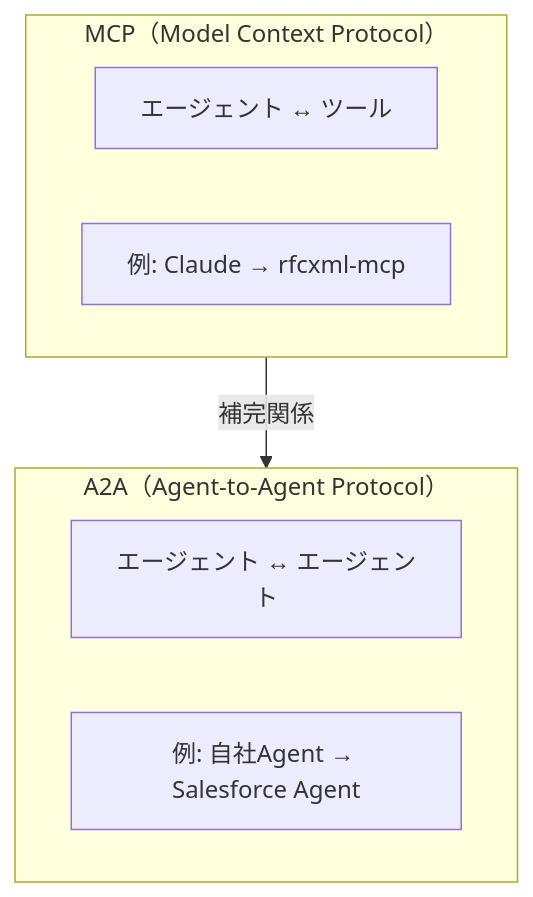
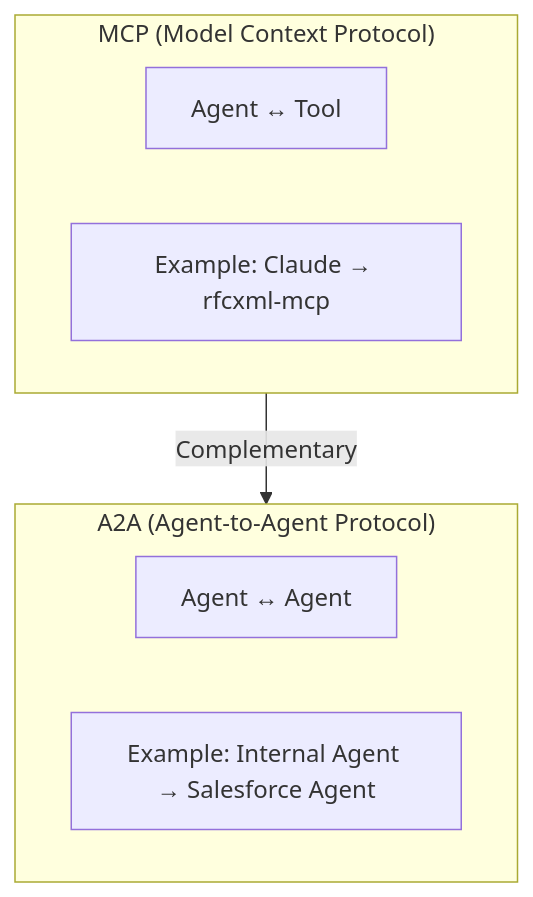
The third of 8 diagrams in docs/concepts/03-architecture.md (shuji-bonji/ai-agent-architecture), drawn with Mermaid before and after one commit. The commit also changed other lines of this file and 42 other files, not shown here.

````diff
--- a/docs/concepts/03-architecture.md
+++ b/docs/concepts/03-architecture.md
@@ -140,14 +142,14 @@
 ```mermaid
 graph TB
-    subgraph MCP["MCP（Model Context Protocol）"]
-        MCP_DESC["エージェント ↔ ツール"]
-        MCP_EXAMPLE["例: Claude → rfcxml-mcp"]
+    subgraph MCP["MCP (Model Context Protocol)"]
+        MCP_DESC["Agent ↔ Tool"]
+        MCP_EXAMPLE["Example: Claude → rfcxml-mcp"]
     end
 
-    subgraph A2A["A2A（Agent-to-Agent Protocol）"]
-        A2A_DESC["エージェント ↔ エージェント"]
-        A2A_EXAMPLE["例: 自社Agent → Salesforce Agent"]
+    subgraph A2A["A2A (Agent-to-Agent Protocol)"]
+        A2A_DESC["Agent ↔ Agent"]
+        A2A_EXAMPLE["Example: Internal Agent → Salesforce Agent"]
     end
 
-    MCP -->|補完関係| A2A
+    MCP -->|Complementary| A2A
 ```
````
